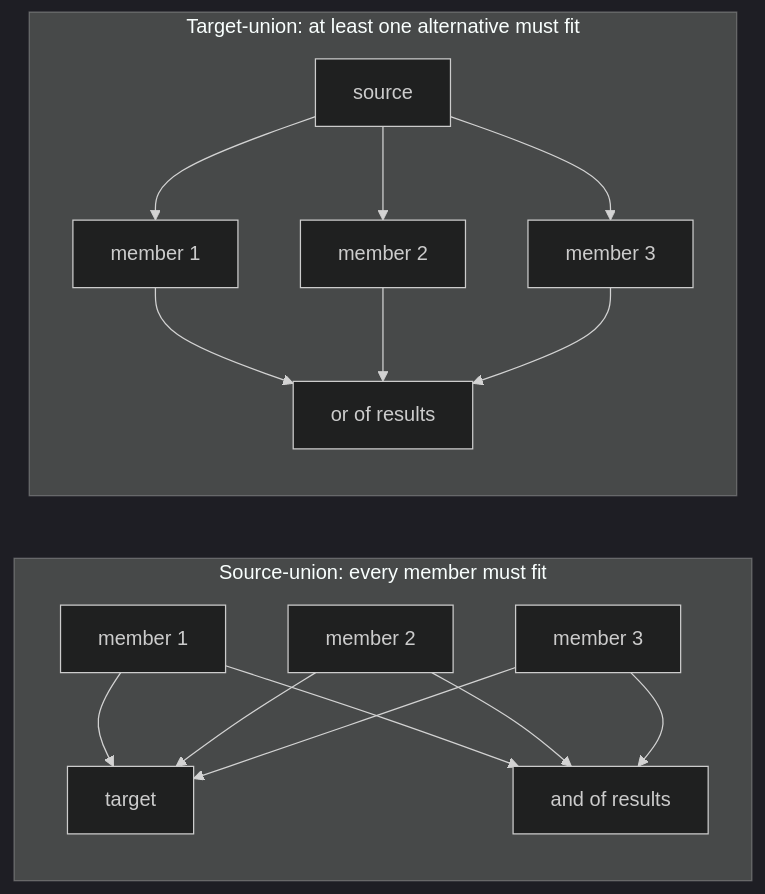
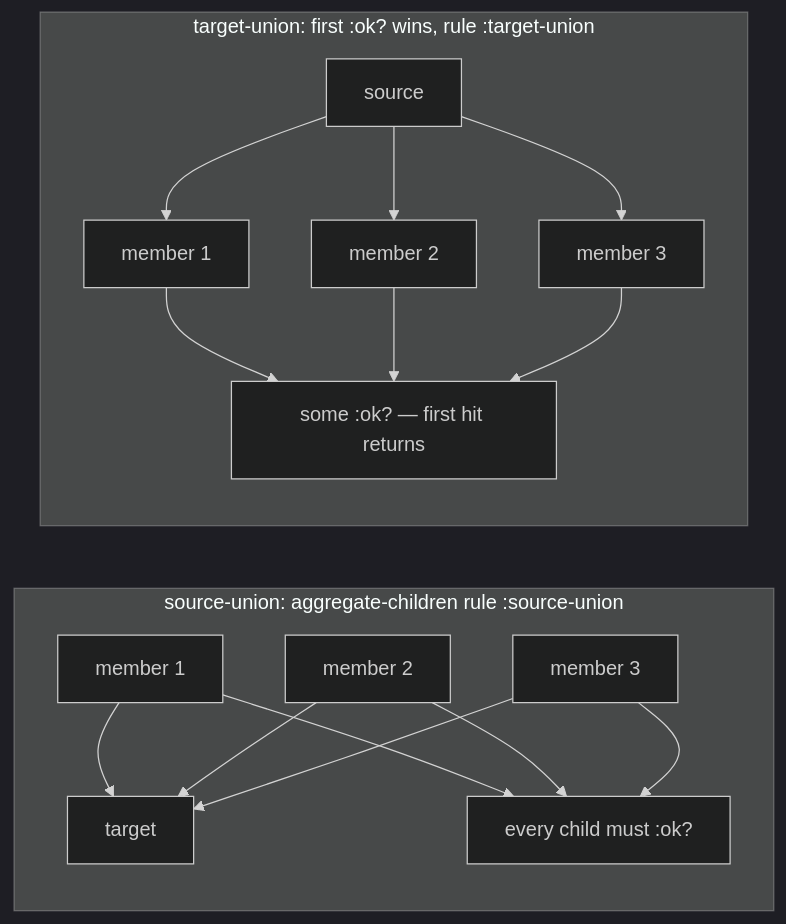
The third of 3 diagrams in skeptic/docs/walkthrough/09-cast-dispatch.md (nomicflux/skeptic), drawn with Mermaid (dark theme) before and after one commit. The commit also changed other lines of this file and 12 other files, not shown here.

````diff
--- a/skeptic/docs/walkthrough/09-cast-dispatch.md
+++ b/skeptic/docs/walkthrough/09-cast-dispatch.md
@@ -281,21 +465,21 @@
 ```mermaid
 flowchart LR
-  subgraph srcU [Source-union: every member must fit]
+  subgraph srcU [source-union: aggregate-children rule :source-union]
     s1[member 1] --> s_t[target]
     s2[member 2] --> s_t
     s3[member 3] --> s_t
-    s_agg[and of results]
+    s_agg[every child must :ok?]
     s1 --> s_agg
     s2 --> s_agg
     s3 --> s_agg
   end
-  subgraph tgtU [Target-union: at least one alternative must fit]
+  subgraph tgtU [target-union: first :ok? wins, rule :target-union]
     src2[source] --> t1[member 1]
     src2 --> t2[member 2]
     src2 --> t3[member 3]
-    t_agg[or of results]
+    t_agg[some :ok? — first hit returns]
     t1 --> t_agg
     t2 --> t_agg
     t3 --> t_agg
   end
 ```
````
